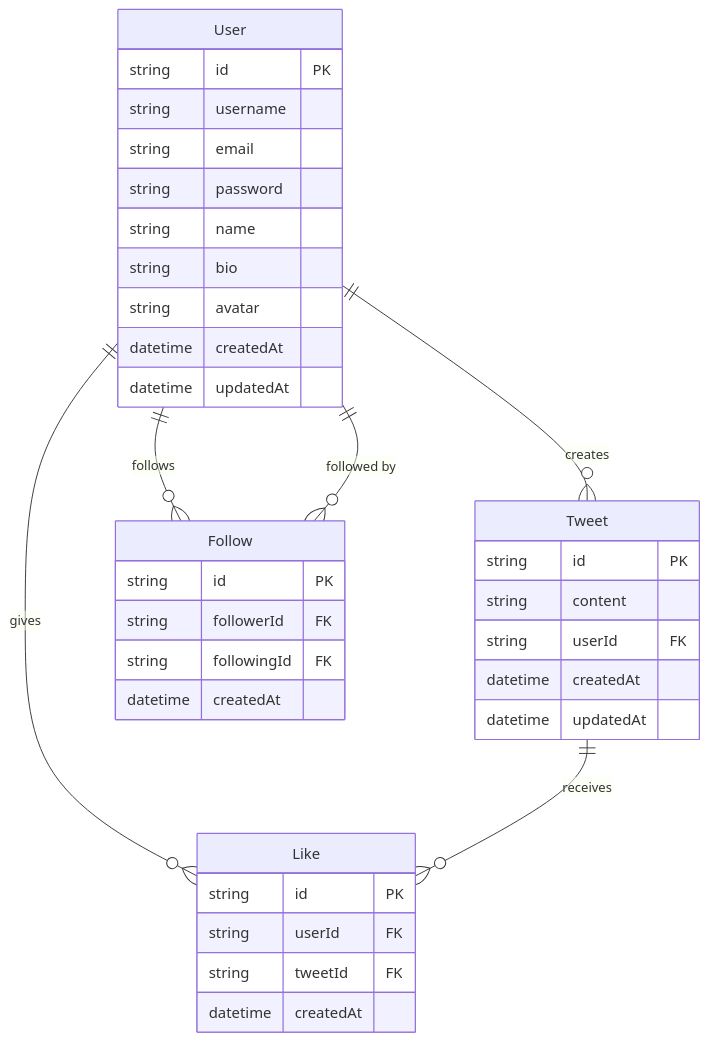
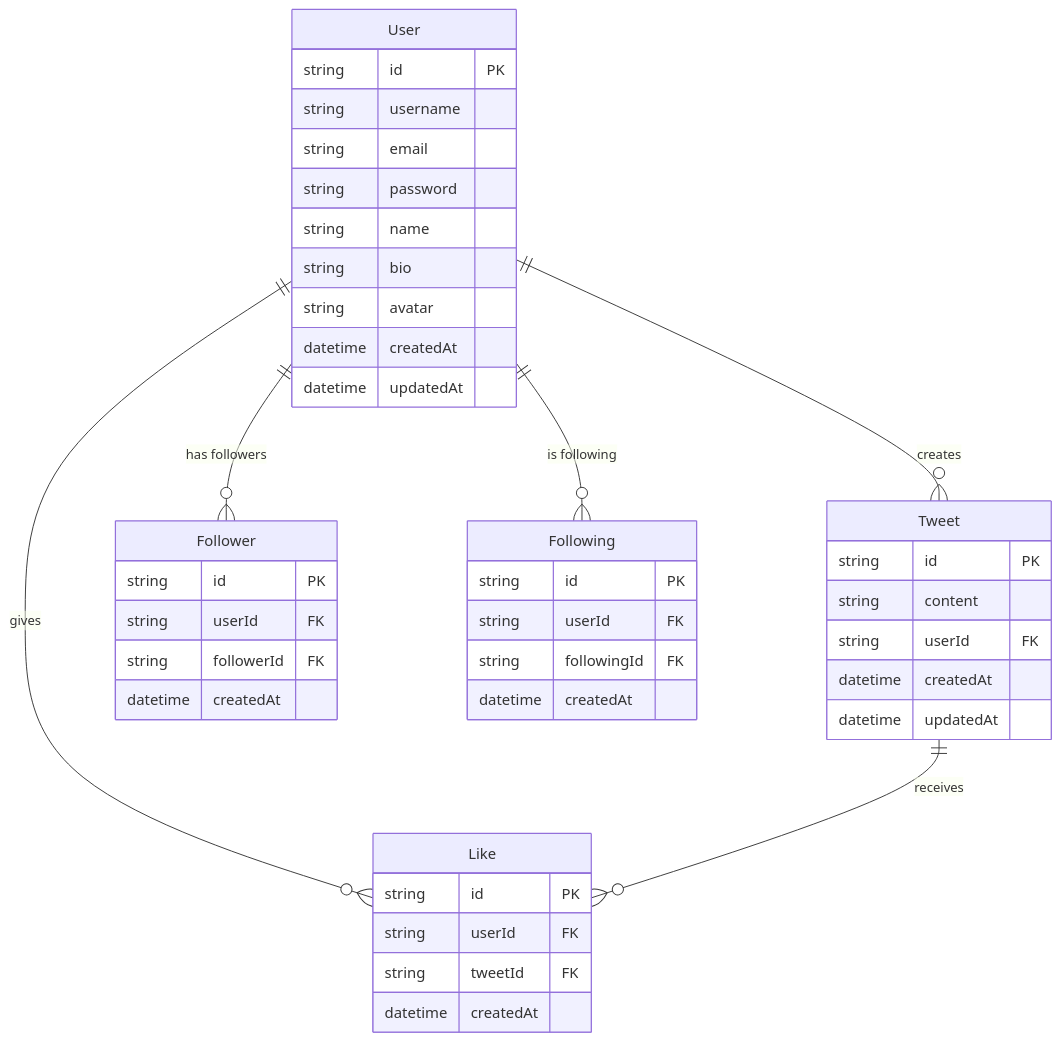
Before and after one commit to kanon1343/remix-movie: the diagram in docs/database_schema.md, drawn with Mermaid. The commit also changed other lines of this file and 3 other files, not shown here.

Commit message:
Update database schema to use separate Follower and Following tables

````diff
--- a/docs/database_schema.md
+++ b/docs/database_schema.md
@@ -7,42 +7,49 @@
 ```mermaid
 erDiagram
     User {
         string id PK
         string username
         string email
         string password
         string name
         string bio
         string avatar
         datetime createdAt
         datetime updatedAt
     }
     
     Tweet {
         string id PK
         string content
         string userId FK
         datetime createdAt
         datetime updatedAt
     }
     
     Like {
         string id PK
         string userId FK
         string tweetId FK
         datetime createdAt
     }
     
-    Follow {
+    Follower {
         string id PK
+        string userId FK
         string followerId FK
+        datetime createdAt
+    }
+    
+    Following {
+        string id PK
+        string userId FK
         string followingId FK
         datetime createdAt
     }
     
     User ||--o{ Tweet : "creates"
     User ||--o{ Like : "gives"
     Tweet ||--o{ Like : "receives"
-    User ||--o{ Follow : "follows"
-    User ||--o{ Follow : "followed by"
+    User ||--o{ Follower : "has followers"
+    User ||--o{ Following : "is following"
 ```
````
